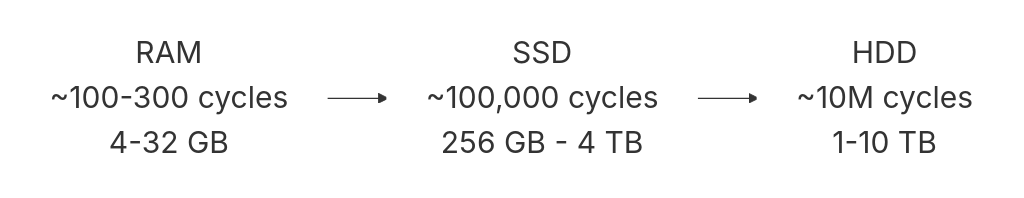
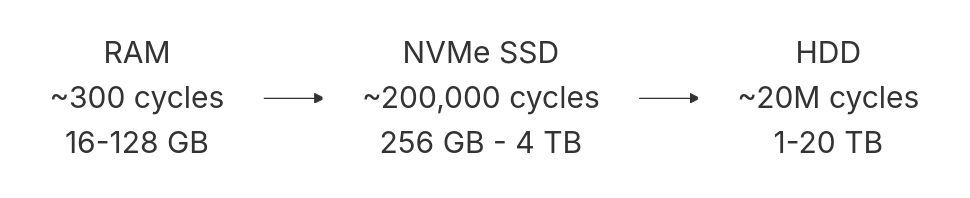
One commit to MindaugasSarpis/CERN_lessons_on_data_analysis changed the second of 2 diagrams in lectures/content/slides/15_Computing_Infrastructure.md. Above: the diagram before and after it, drawn with Mermaid. The commit also changed other lines of this file and 85 other files, not shown here.

````diff
--- a/lectures/content/slides/15_Computing_Infrastructure.md
+++ b/lectures/content/slides/15_Computing_Infrastructure.md
@@ -869,13 +657,13 @@
 ```mermaid {scale: 1}
 graph LR
-    E[RAM<br/>~100-300 cycles<br/>4-32 GB] -->
-    F[SSD<br/>~100,000 cycles<br/>256 GB - 4 TB] -->
-    G[HDD<br/>~10M cycles<br/>1-10 TB]
+    E[RAM<br/>~300 cycles<br/>16-128 GB] -->
+    F[NVMe SSD<br/>~200,000 cycles<br/>256 GB - 4 TB] -->
+    G[HDD<br/>~20M cycles<br/>1-20 TB]
 
     classDef box fill:none,stroke:white,stroke-width:3px,font-size:24px;
 
     class E box;
     class F box;
     class G box;
 
 ```
````
